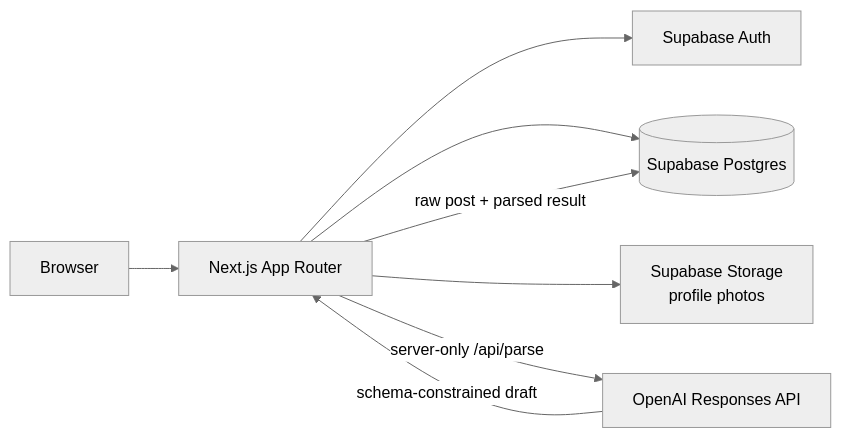
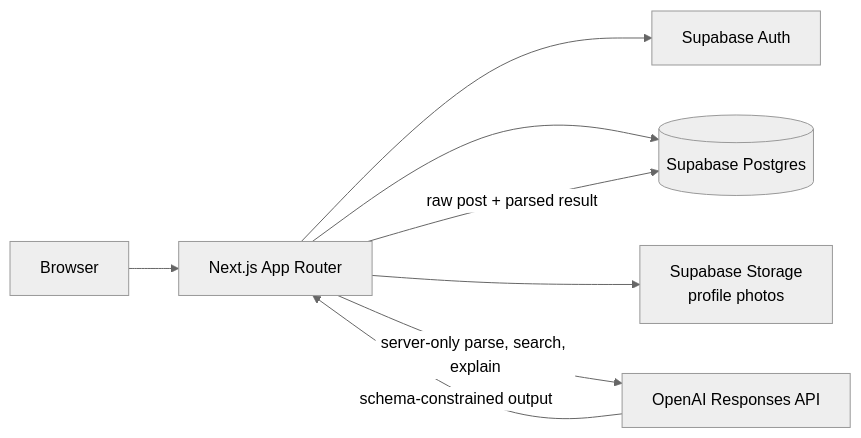
Before and after one commit to gavro081/ajde: the first of 2 diagrams in README.md, drawn with Mermaid (neutral theme). The commit also changed other lines of this file, not shown here.

````diff
--- a/README.md
+++ b/README.md
@@ -33,17 +38,17 @@
 ```mermaid
 flowchart LR
   Browser[Browser]
   Next[Next.js App Router]
   Auth[Supabase Auth]
   DB[(Supabase Postgres)]
   Storage[Supabase Storage\nprofile photos]
   OpenAI[OpenAI Responses API]
 
   Browser --> Next
   Next --> Auth
   Next --> DB
   Next --> Storage
-  Next -->|server-only /api/parse| OpenAI
-  OpenAI -->|schema-constrained draft| Next
+  Next -->|server-only parse, search, explain| OpenAI
+  OpenAI -->|schema-constrained output| Next
   Next -->|raw post + parsed result| DB
 ```
````
